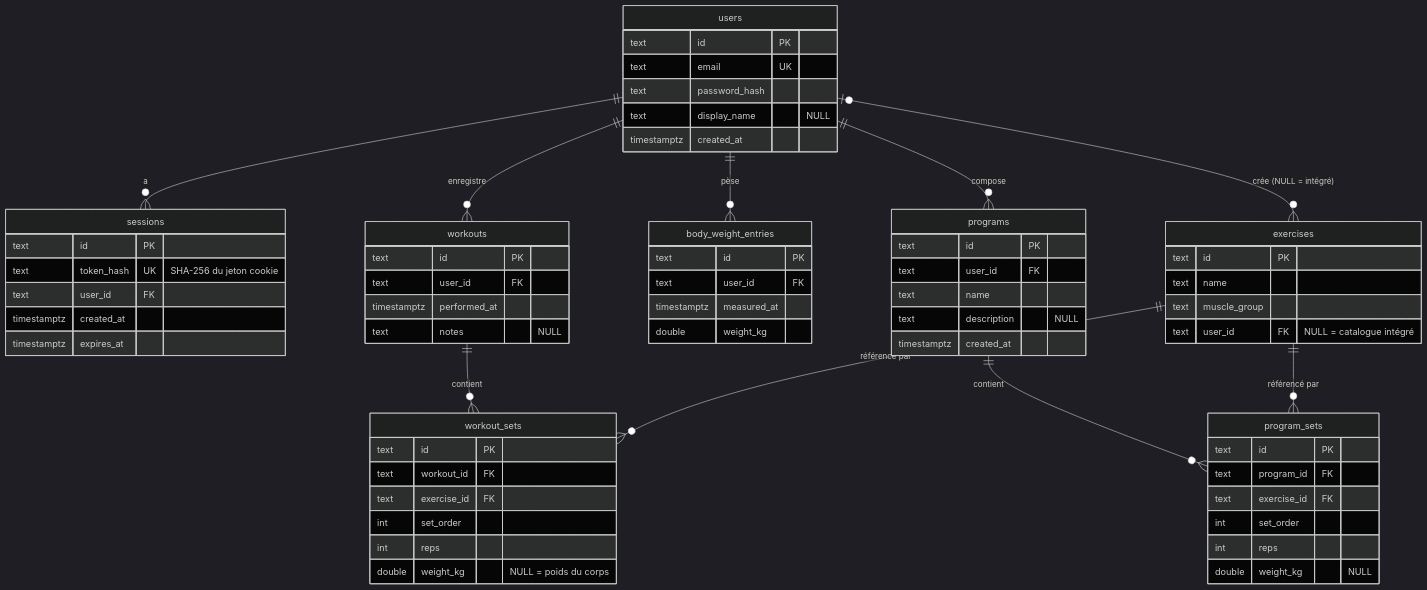
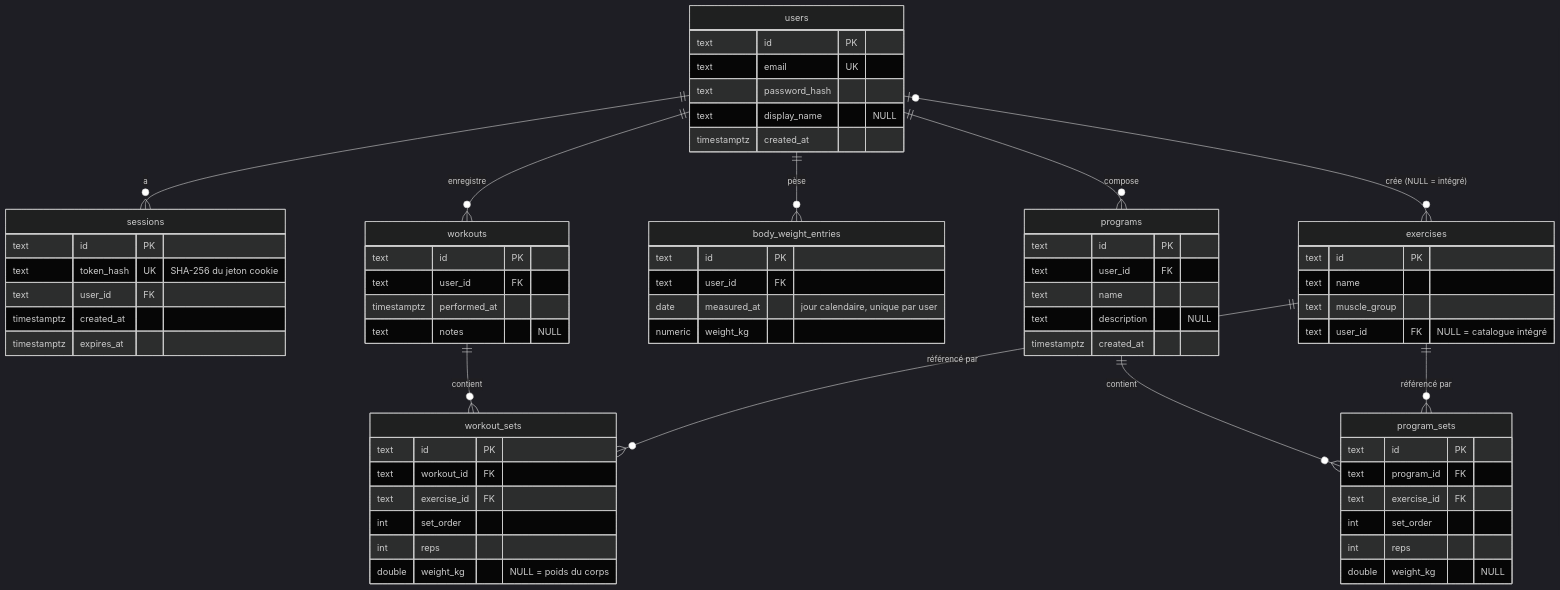
Before and after one commit to kikkil0302/sport: the diagram in BACKEND.md, drawn with Mermaid (dark theme). The commit also changed other lines of this file and 1 other file, not shown here.

First line of the commit message:
Pesées en date calendaire + MCD à jour (durcissement backend V5)

````diff
--- a/BACKEND.md
+++ b/BACKEND.md
@@ -29,68 +31,68 @@
 ```mermaid
 erDiagram
     users ||--o{ sessions : "a"
     users ||--o{ workouts : "enregistre"
     users ||--o{ body_weight_entries : "pèse"
     users ||--o{ programs : "compose"
     users |o--o{ exercises : "crée (NULL = intégré)"
     workouts ||--o{ workout_sets : "contient"
     programs ||--o{ program_sets : "contient"
     exercises ||--o{ workout_sets : "référencé par"
     exercises ||--o{ program_sets : "référencé par"
 
     users {
         text id PK
         text email UK
         text password_hash
         text display_name "NULL"
         timestamptz created_at
     }
     sessions {
         text id PK
         text token_hash UK "SHA-256 du jeton cookie"
         text user_id FK
         timestamptz created_at
         timestamptz expires_at
     }
     exercises {
         text id PK
         text name
         text muscle_group
         text user_id FK "NULL = catalogue intégré"
     }
     workouts {
         text id PK
         text user_id FK
         timestamptz performed_at
         text notes "NULL"
     }
     workout_sets {
         text id PK
         text workout_id FK
         text exercise_id FK
         int set_order
         int reps
         double weight_kg "NULL = poids du corps"
     }
     body_weight_entries {
         text id PK
         text user_id FK
-        timestamptz measured_at
-        double weight_kg
+        date measured_at "jour calendaire, unique par user"
+        numeric weight_kg
     }
     programs {
         text id PK
         text user_id FK
         text name
         text description "NULL"
         timestamptz created_at
     }
     program_sets {
         text id PK
         text program_id FK
         text exercise_id FK
         int set_order
         int reps
         double weight_kg "NULL"
     }
 ```
````
